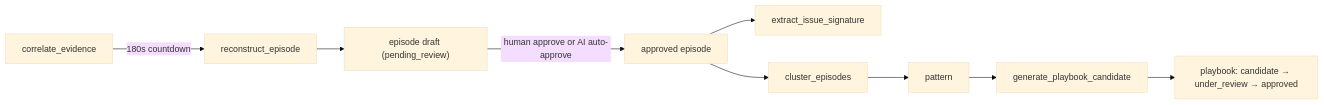
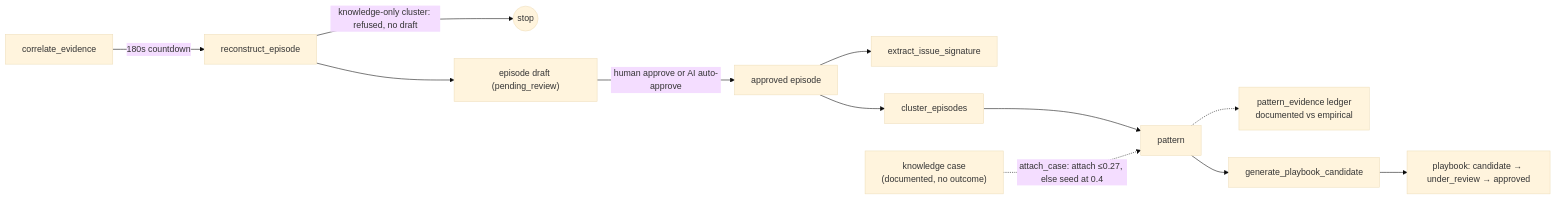
Before and after one commit to Valuedx/ContextEdge: the diagram in codewiki/07-episodes-patterns-playbooks.md, drawn with Mermaid (base theme). The commit also changed other lines of this file and 15 other files, not shown here.

````diff
--- a/codewiki/07-episodes-patterns-playbooks.md
+++ b/codewiki/07-episodes-patterns-playbooks.md
@@ -15,11 +21,16 @@
 ```mermaid
 flowchart LR
     A[correlate_evidence] -->|180s countdown| B[reconstruct_episode]
+    B -->|"knowledge-only cluster: refused, no draft"| X((stop))
     B --> C["episode draft (pending_review)"]
     C -->|human approve or AI auto-approve| D[approved episode]
     D --> E[extract_issue_signature]
     D --> F[cluster_episodes]
     F --> G[pattern]
+    K["knowledge case
+    (documented, no outcome)"] -.->|"attach_case: attach ≤0.27, else seed at 0.4"| G
+    G -.-> L["pattern_evidence ledger
+    documented vs empirical"]
     G --> H[generate_playbook_candidate]
     H --> I["playbook: candidate → under_review → approved"]
 ```
````
